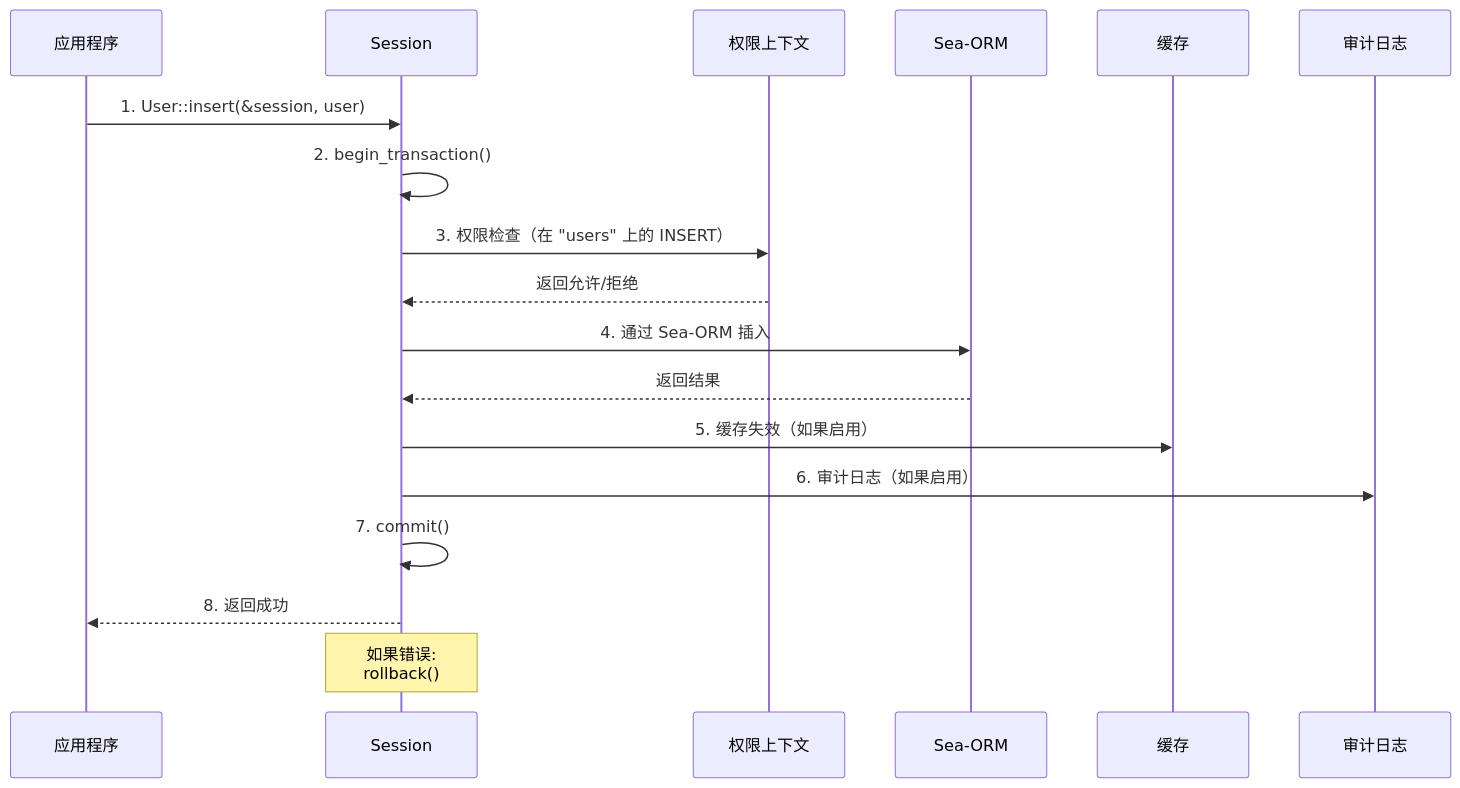
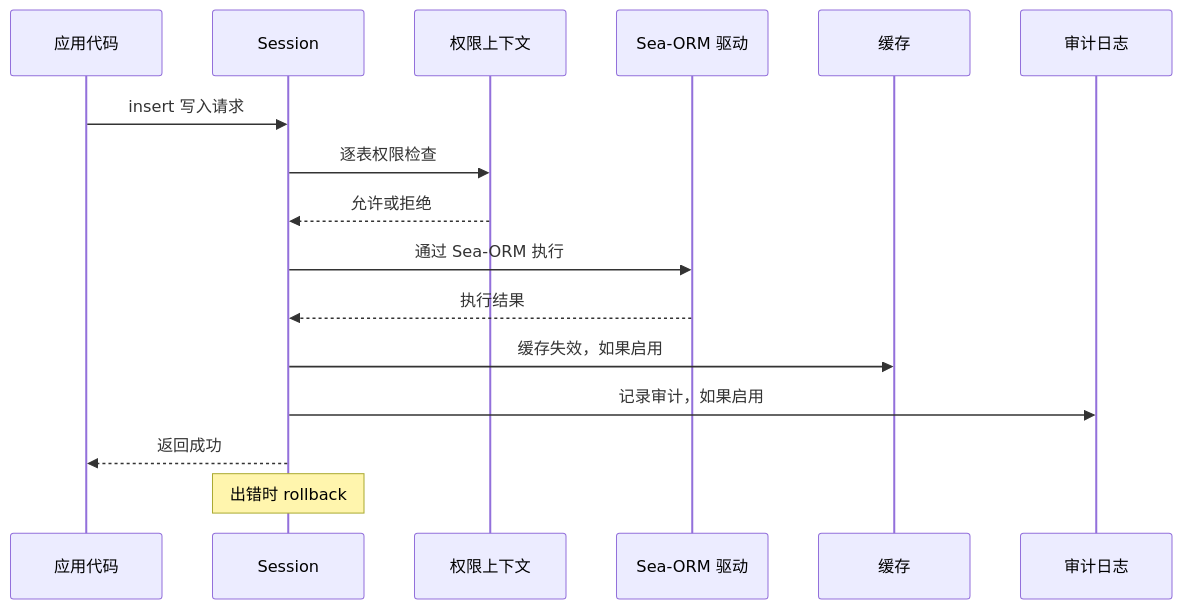
The third of 7 diagrams in docs/ARCHITECTURE.md (Kirky-X/dbnexus), drawn with Mermaid before and after one commit. The commit also changed other lines of this file and 7 other files, not shown here.

Commit message:
docs(dbnexus): docs 文档套件统一优化 — emoji 化 h2 与折叠目录、文档间交叉链接网络、架构/数据流 mermaid 图、结构化内容表格化、清除内部任务追踪引用；失真内容对照 src/ 源码修正，基准数字与安全承诺口径原样保留

````diff
--- a/docs/ARCHITECTURE.md
+++ b/docs/ARCHITECTURE.md
@@ -465,26 +327,19 @@
 ```mermaid
 sequenceDiagram
-    participant App as 应用程序
-    participant Session as Session
-    participant PermCtx as 权限上下文
-    participant SeaORM as Sea-ORM
+    participant App as 应用代码
+    participant Sess as Session
+    participant Perm as 权限上下文
+    participant DB as Sea-ORM 驱动
     participant Cache as 缓存
     participant Audit as 审计日志
 
-    App->>Session: 1. User::insert(&session, user)
-    Session->>Session: 2. begin_transaction()
-
-    Session->>PermCtx: 3. 权限检查（在 "users" 上的 INSERT）
-    PermCtx-->>Session: 返回允许/拒绝
-
-    Session->>SeaORM: 4. 通过 Sea-ORM 插入
-    SeaORM-->>Session: 返回结果
-
-    Session->>Cache: 5. 缓存失效（如果启用）
-    Session->>Audit: 6. 审计日志（如果启用）
-
-    Session->>Session: 7. commit()
-    Session-->>App: 8. 返回成功
-
-    Note over Session: 如果错误:<br/>rollback()
+    App->>Sess: insert 写入请求
+    Sess->>Perm: 逐表权限检查
+    Perm-->>Sess: 允许或拒绝
+    Sess->>DB: 通过 Sea-ORM 执行
+    DB-->>Sess: 执行结果
+    Sess->>Cache: 缓存失效，如果启用
+    Sess->>Audit: 记录审计，如果启用
+    Sess-->>App: 返回成功
+    Note over Sess: 出错时 rollback
 ```
````
